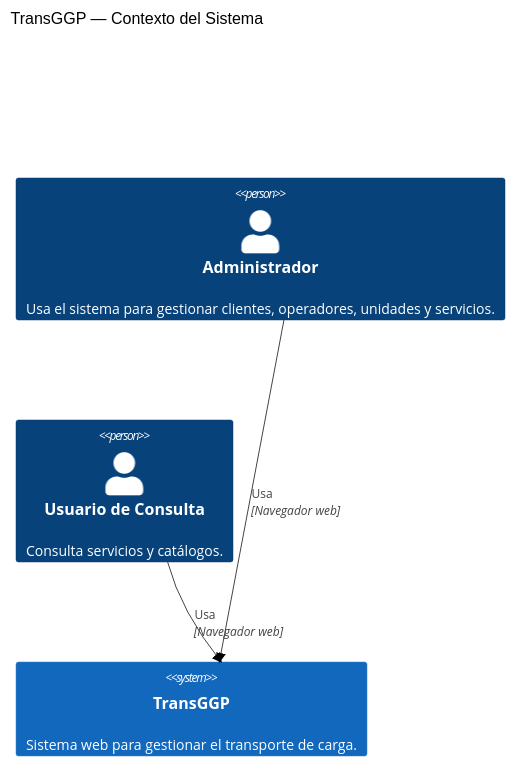
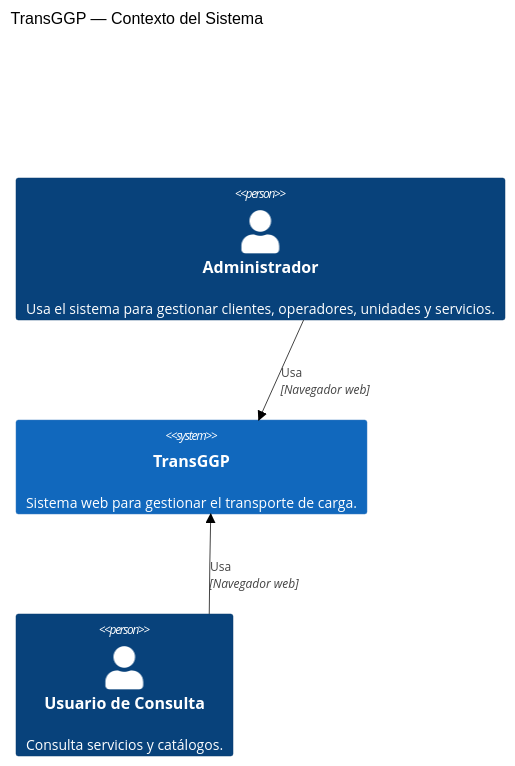
The diagram in docs/Diagramas.md (bylev/Proyecto-ArquitecturaSW), drawn with Mermaid (neutral theme) before and after one commit.

Commit message:
docs: Añadir diagramas

````diff
--- a/docs/Diagramas.md
+++ b/docs/Diagramas.md
@@ -9,12 +9,13 @@
 ```mermaid
 C4Context
     title TransGGP — Contexto del Sistema
 
     Person(admin, "Administrador", "Usa el sistema para gestionar clientes, operadores, unidades y servicios.")
-    Person(consulta, "Usuario de Consulta", "Consulta servicios y catálogos.")
 
     System(transggp, "TransGGP", "Sistema web para gestionar el transporte de carga.")
+
+    Person(consulta, "Usuario de Consulta", "Consulta servicios y catálogos.")
 
     Rel(admin, transggp, "Usa", "Navegador web")
     Rel(consulta, transggp, "Usa", "Navegador web")
 ```
````
